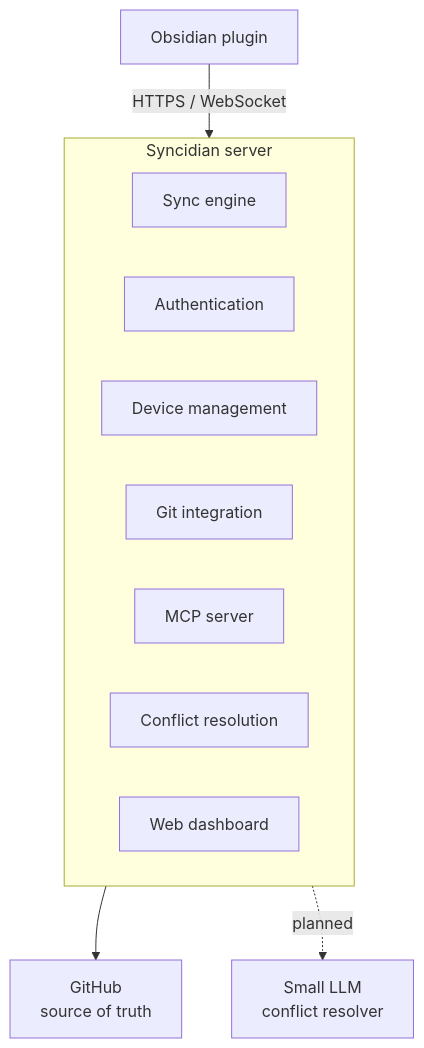
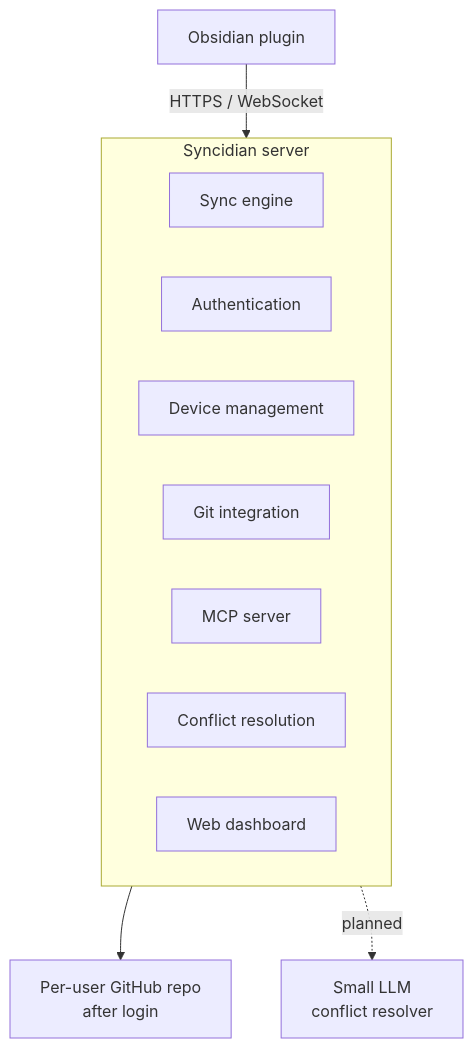
Before and after one commit to shangeethsivan/Syncidian: the third of 7 diagrams in README.md, drawn with Mermaid. The commit also changed other lines of this file and 6 other files, not shown here.

First line of the commit message:
Require authentication before per-user GitHub setup

````diff
--- a/README.md
+++ b/README.md
@@ -177,17 +207,17 @@
 ```mermaid
 flowchart TB
   Plugin["Obsidian plugin"] -->|"HTTPS / WebSocket"| SyncSrv
 
   subgraph SyncSrv [Syncidian server]
     Sync[Sync engine]
     Auth[Authentication]
     Devices[Device management]
     Git[Git integration]
     MCP[MCP server]
     Conflicts[Conflict resolution]
     Dash[Web dashboard]
   end
 
-  SyncSrv --> GitHub["GitHub<br/>source of truth"]
+  SyncSrv --> GitHub["Per-user GitHub repo<br/>after login"]
   SyncSrv -.->|"planned"| LLM["Small LLM<br/>conflict resolver"]
 ```
````
